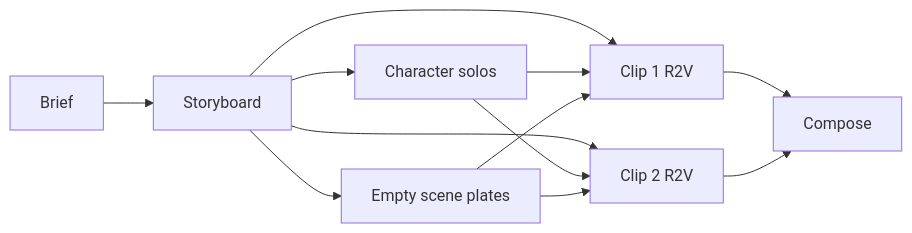
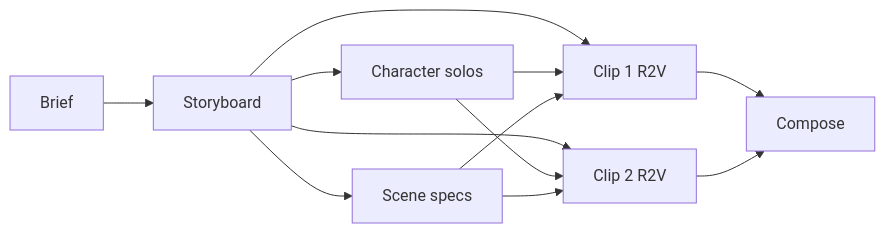
Before and after one commit to openJiuwen-ai/agent-gateway: the second of 2 diagrams in README.md, drawn with Mermaid. The commit also changed other lines of this file and 58 other files, not shown here.

First line of the commit message:
Use one designer vocabulary for scene, shot, and specs (#46)

````diff
--- a/README.md
+++ b/README.md
@@ -42,14 +42,14 @@
 ```mermaid
 flowchart LR
   Brief --> SB[Storyboard]
   SB --> CD[Character solos]
-  SB --> Scene[Empty scene plates]
+  SB --> Scene[Scene specs]
   SB --> Clip1[Clip 1 R2V]
   SB --> Clip2[Clip 2 R2V]
   CD --> Clip1
   CD --> Clip2
   Scene --> Clip1
   Scene --> Clip2
   Clip1 --> Film[Compose]
   Clip2 --> Film
 ```
````
